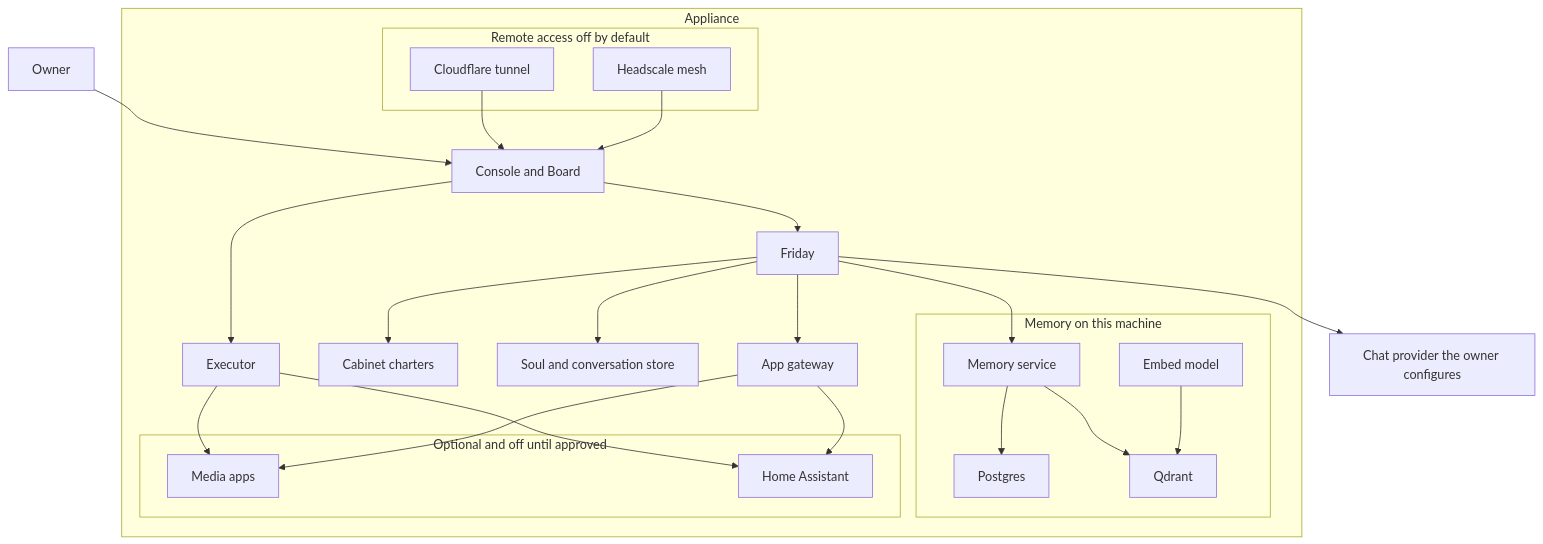
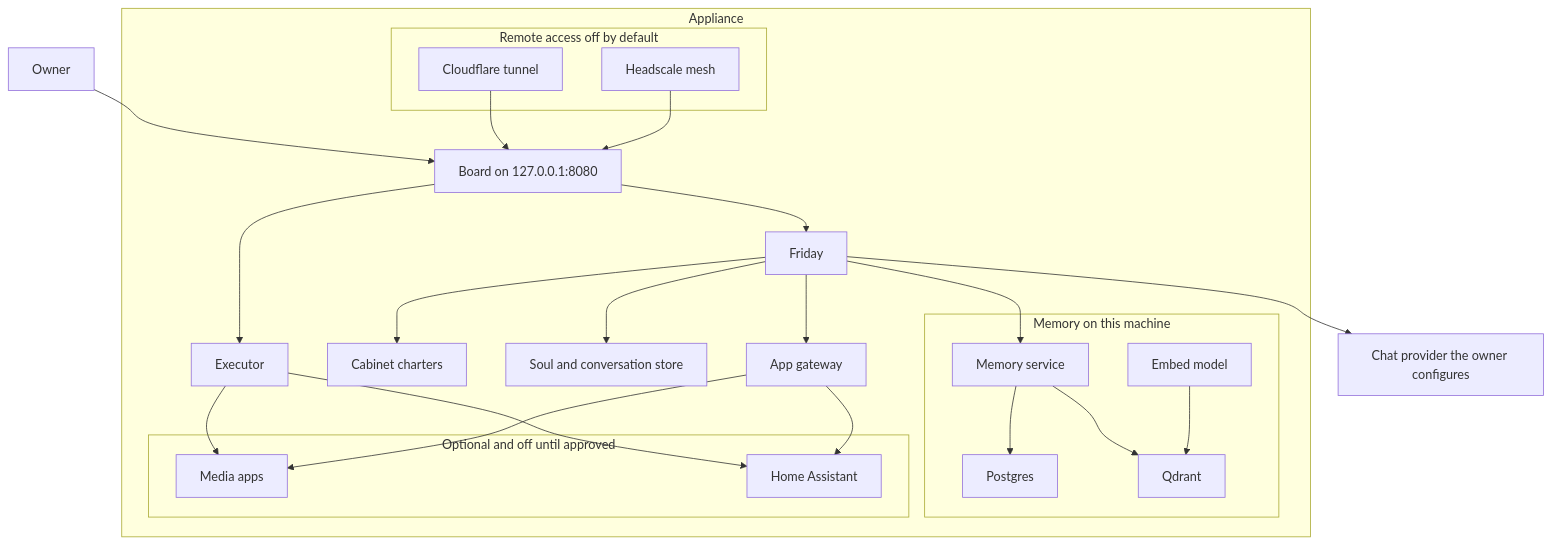
One commit to asikmydeen/friday-os-stack changed the first of 3 diagrams in docs/system.md. Above: the diagram before and after it, drawn with Mermaid. The commit also changed other lines of this file and 9 other files, not shown here.

````diff
--- a/docs/system.md
+++ b/docs/system.md
@@ -33,50 +36,50 @@
 ```mermaid
 flowchart TB
   owner[Owner]
   provider[Chat provider the owner configures]
 
   subgraph appliance [Appliance]
-    console[Console and Board]
+    board[Board on 127.0.0.1:8080]
     friday[Friday]
     cabinet[Cabinet charters]
     soul[Soul and conversation store]
 
     subgraph mem [Memory on this machine]
       memsvc[Memory service]
       pg[Postgres]
       qdrant[Qdrant]
       embed[Embed model]
     end
 
     exec[Executor]
     gw[App gateway]
 
     subgraph optional [Optional and off until approved]
       media[Media apps]
       homeapp[Home Assistant]
     end
 
     subgraph remote [Remote access off by default]
       tunnel[Cloudflare tunnel]
       meshnet[Headscale mesh]
     end
   end
 
-  owner --> console
-  console --> friday
+  owner --> board
+  board --> friday
   friday --> cabinet
   friday --> soul
   friday --> provider
   friday --> memsvc
   memsvc --> pg
   memsvc --> qdrant
   embed --> qdrant
-  console --> exec
+  board --> exec
   exec --> media
   exec --> homeapp
   friday --> gw
   gw --> media
   gw --> homeapp
-  tunnel --> console
-  meshnet --> console
+  tunnel --> board
+  meshnet --> board
 ```
````
